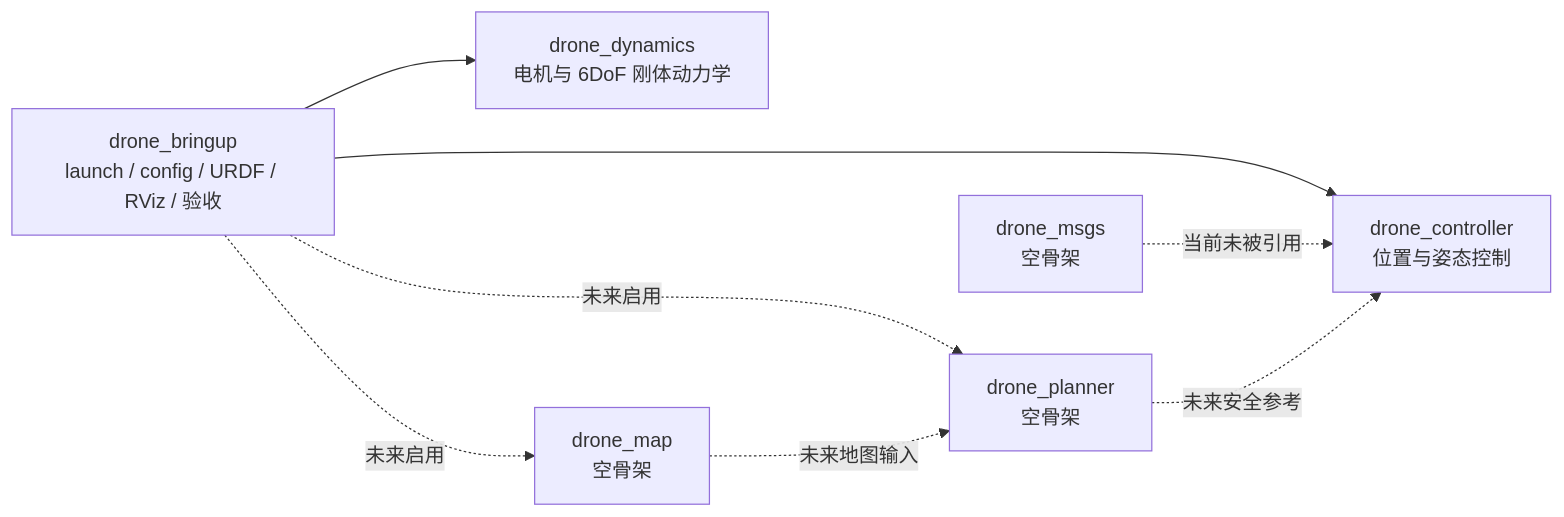
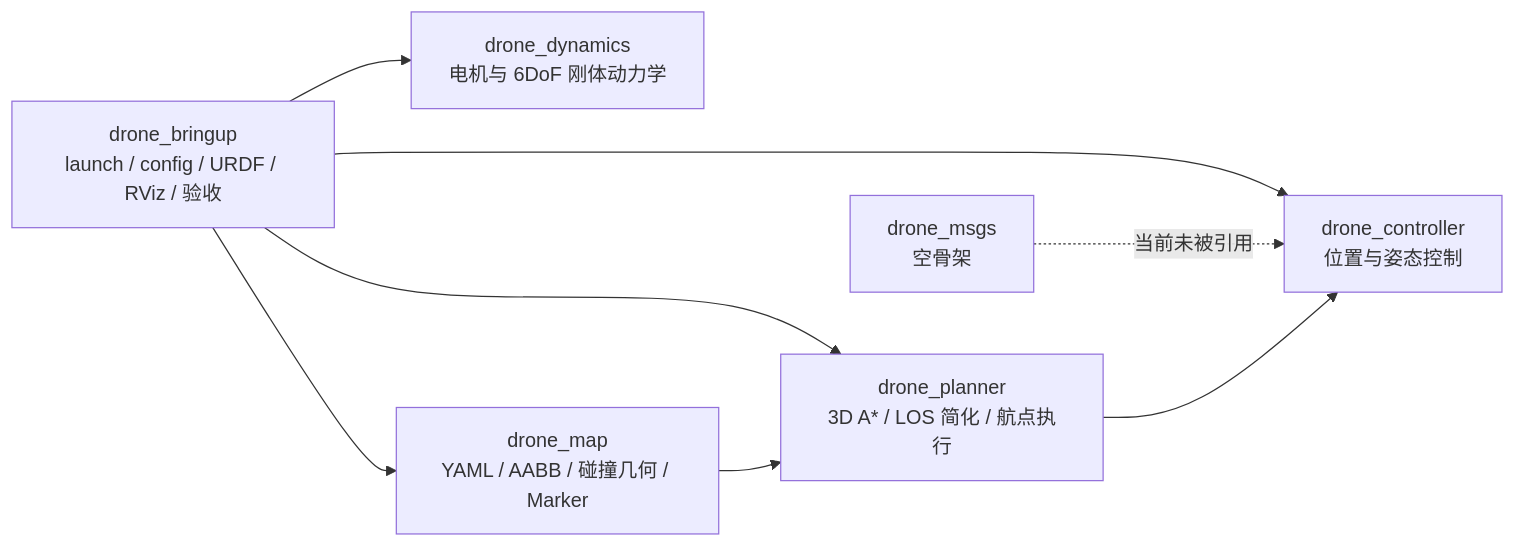
Before and after one commit to wu427/ros2_quadrotor_sim: the first of 3 diagrams in docs/ARCHITECTURE_OVERVIEW.md, drawn with Mermaid. The commit also changed other lines of this file and 26 other files, not shown here.

````diff
--- a/docs/ARCHITECTURE_OVERVIEW.md
+++ b/docs/ARCHITECTURE_OVERVIEW.md
@@ -36,17 +38,17 @@
 ```mermaid
 flowchart LR
     B["drone_bringup<br/>launch / config / URDF / RViz / 验收"]
     C["drone_controller<br/>位置与姿态控制"]
     D["drone_dynamics<br/>电机与 6DoF 刚体动力学"]
     M["drone_msgs<br/>空骨架"]
-    MAP["drone_map<br/>空骨架"]
-    P["drone_planner<br/>空骨架"]
+    MAP["drone_map<br/>YAML / AABB / 碰撞几何 / Marker"]
+    P["drone_planner<br/>3D A* / LOS 简化 / 航点执行"]
 
     B --> C
     B --> D
-    B -. "未来启用" .-> MAP
-    B -. "未来启用" .-> P
+    B --> MAP
+    B --> P
     M -. "当前未被引用" .-> C
-    MAP -. "未来地图输入" .-> P
-    P -. "未来安全参考" .-> C
+    MAP --> P
+    P --> C
 ```
````
